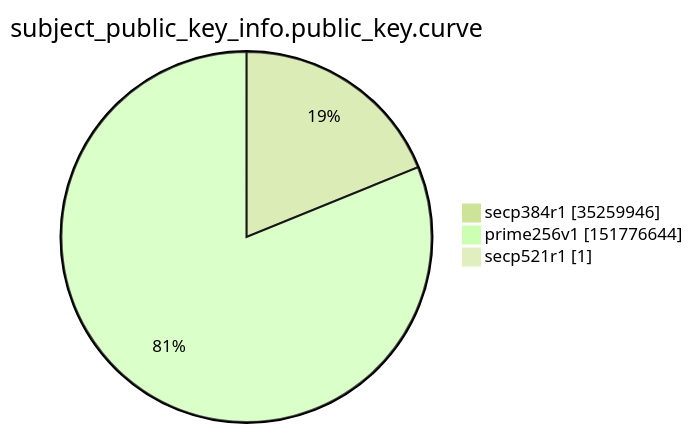
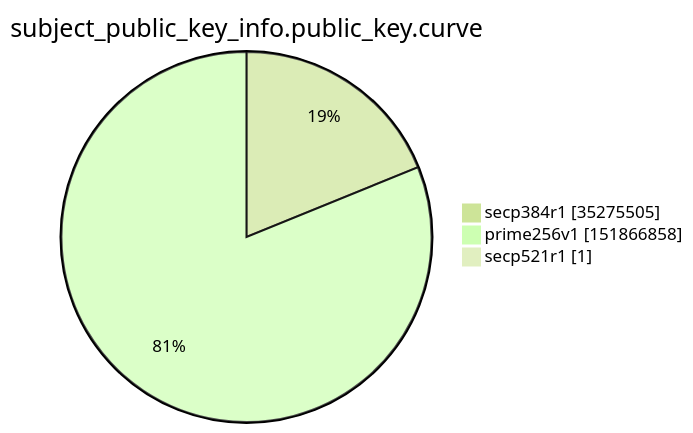
One commit to christiankrug/ctmonitor_visualization changed the ninth of 15 diagrams in argon2022/README.md. Above: the diagram before and after it, drawn with Mermaid (forest theme). The commit also changed other lines of this file, not shown here.

````diff
--- a/argon2022/README.md
+++ b/argon2022/README.md
@@ -2765,7 +2765,7 @@
 ```mermaid
 pie showData
 title subject_public_key_info.public_key.curve
-"secp384r1" :35259946
-"prime256v1" :151776644
+"secp384r1" :35275505
+"prime256v1" :151866858
 "secp521r1" :1
 ```
````
